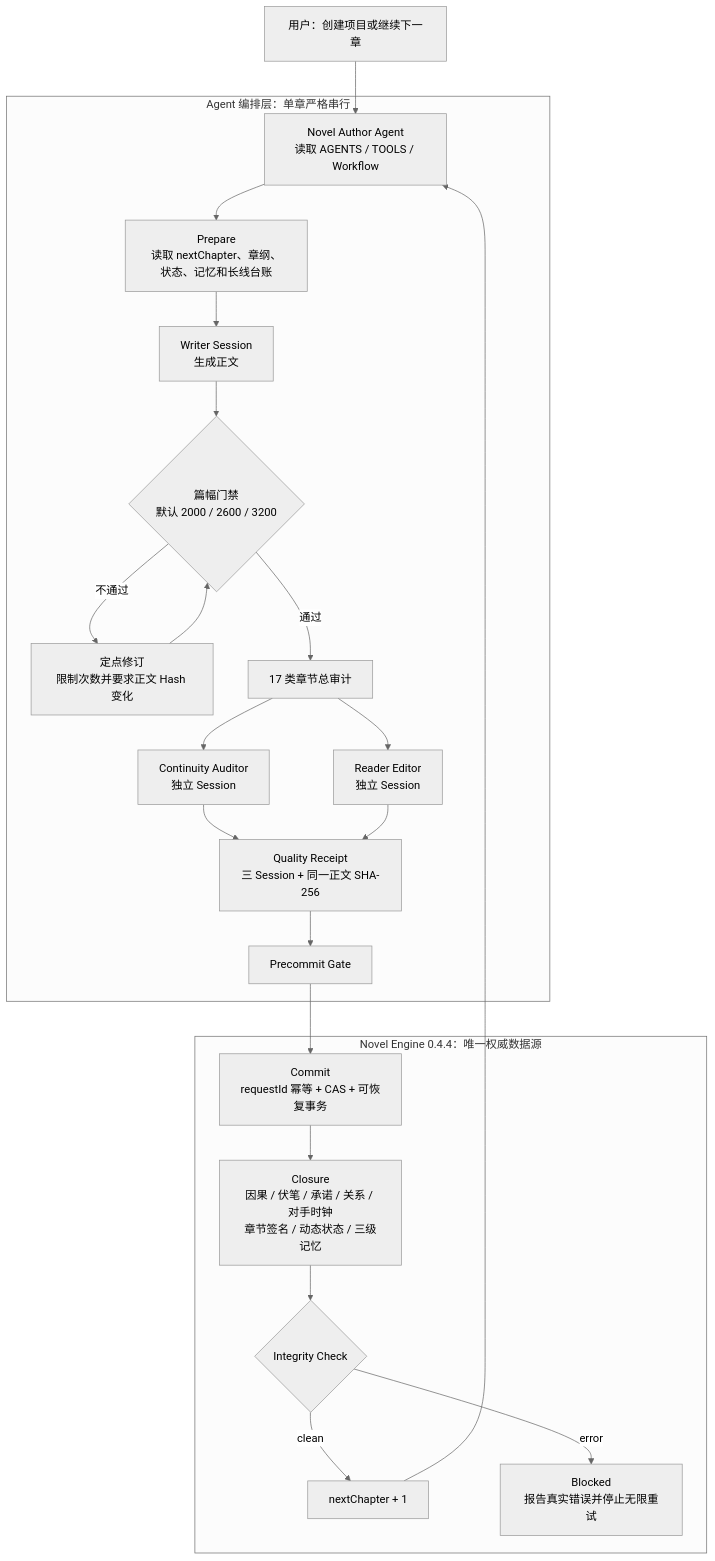
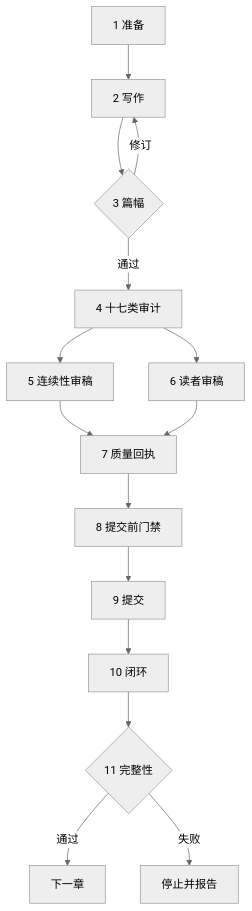
The second of 2 diagrams in README.md (slobys/openclaw-novel-author-suite), drawn with Mermaid (neutral theme) before and after one commit. The commit also changed other lines of this file, not shown here.

Commit message:
docs: make architecture diagrams readable

````diff
--- a/README.md
+++ b/README.md
@@ -11,28 +25,17 @@
 ```mermaid
 flowchart TB
-    U[用户：创建项目或继续下一章] --> A[Novel Author Agent<br/>读取 AGENTS / TOOLS / Workflow]
-
-    subgraph O[Agent 编排层：单章严格串行]
-        A --> P[Prepare<br/>读取 nextChapter、章纲、状态、记忆和长线台账]
-        P --> W[Writer Session<br/>生成正文]
-        W --> L{篇幅门禁<br/>默认 2000 / 2600 / 3200}
-        L -- 不通过 --> R[定点修订<br/>限制次数并要求正文 Hash 变化]
-        R --> L
-        L -- 通过 --> G[17 类章节总审计]
-        G --> C[Continuity Auditor<br/>独立 Session]
-        G --> E[Reader Editor<br/>独立 Session]
-        C --> Q[Quality Receipt<br/>三 Session + 同一正文 SHA-256]
-        E --> Q
-        Q --> PC[Precommit Gate]
-    end
-
-    subgraph N[Novel Engine 0.4.4：唯一权威数据源]
-        PC --> CM[Commit<br/>requestId 幂等 + CAS + 可恢复事务]
-        CM --> CL[Closure<br/>因果 / 伏笔 / 承诺 / 关系 / 对手时钟<br/>章节签名 / 动态状态 / 三级记忆]
-        CL --> I{Integrity Check}
-        I -- clean --> NX[nextChapter + 1]
-        I -- error --> B[Blocked<br/>报告真实错误并停止无限重试]
-    end
-
-    NX --> A
+    P[1 准备] --> D[2 写作]
+    D --> L{3 篇幅}
+    L -- 修订 --> D
+    L -- 通过 --> A[4 十七类审计]
+    A --> C[5 连续性审稿]
+    A --> R[6 读者审稿]
+    C --> Q[7 质量回执]
+    R --> Q
+    Q --> G[8 提交前门禁]
+    G --> M[9 提交]
+    M --> X[10 闭环]
+    X --> I{11 完整性}
+    I -- 通过 --> N[下一章]
+    I -- 失败 --> B[停止并报告]
 ```
````
